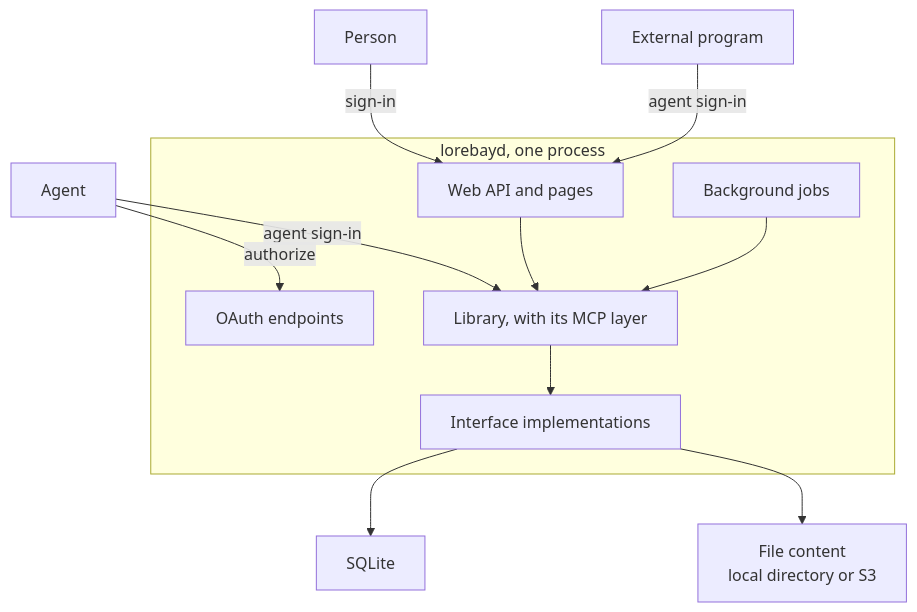
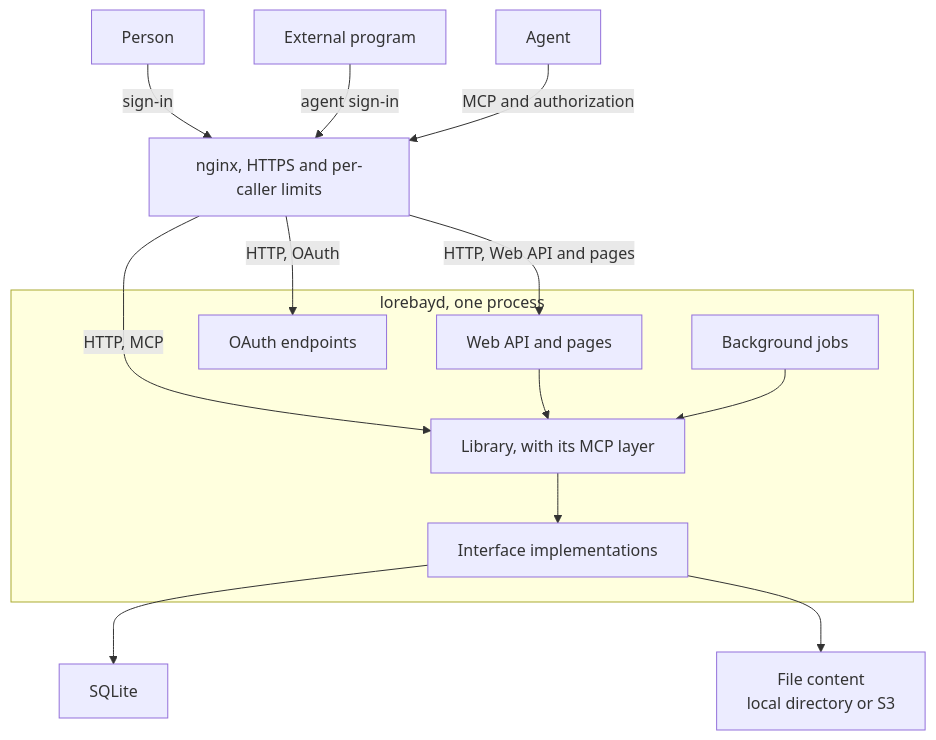
Before and after one commit to lorebayai/lorebay: the diagram in docs/architecture/system.md, drawn with Mermaid. The commit also changed other lines of this file and 11 other files, not shown here.

````diff
--- a/docs/architecture/system.md
+++ b/docs/architecture/system.md
@@ -33,24 +33,27 @@
 ```mermaid
 flowchart TD
     human["Person"]
     program["External program"]
     agent["Agent"]
+    nginx["nginx, HTTPS and per-caller limits"]
     subgraph lorebayd["lorebayd, one process"]
         web["Web API and pages"]
         oauth["OAuth endpoints"]
         impls["Interface implementations"]
         jobs["Background jobs"]
         library["Library, with its MCP layer"]
     end
     sqlite["SQLite"]
     store["File content<br/>local directory or S3"]
-    human -- "sign-in" --> web
-    program -- "agent sign-in" --> web
-    agent -- "agent sign-in" --> library
-    agent -- "authorize" --> oauth
+    human -- "sign-in" --> nginx
+    program -- "agent sign-in" --> nginx
+    agent -- "MCP and authorization" --> nginx
+    nginx -- "HTTP, Web API and pages" --> web
+    nginx -- "HTTP, MCP" --> library
+    nginx -- "HTTP, OAuth" --> oauth
     web --> library
     jobs --> library
     library --> impls
     impls --> sqlite
     impls --> store
 ```
````
